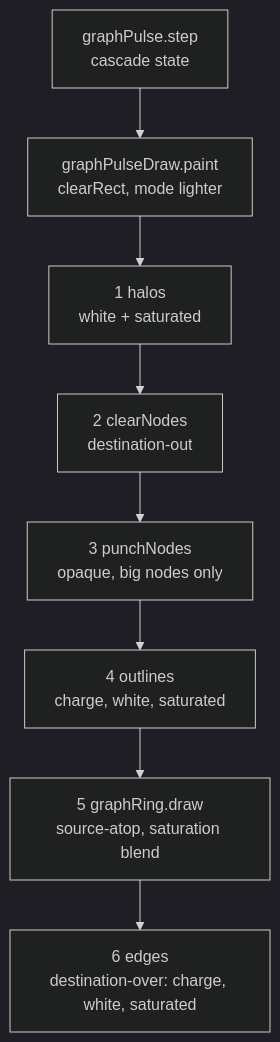
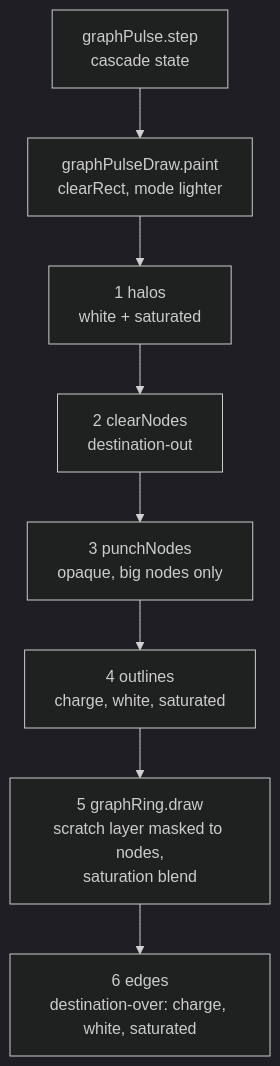
Before and after one commit to wai-lau/exec-fn: the diagram in docs/arch/11-overlay-paint.mmd, drawn with Mermaid (dark theme). The commit also changed 42 other files, not shown here.

```diff
--- a/docs/arch/11-overlay-paint.mmd
+++ b/docs/arch/11-overlay-paint.mmd
@@ -1,8 +1,8 @@
 flowchart TB
   P["graphPulse.step<br/>cascade state"] --> D["graphPulseDraw.paint<br/>clearRect, mode lighter"]
   D --> H["1 halos<br/>white + saturated"]
   H --> C["2 clearNodes<br/>destination-out"]
   C --> K["3 punchNodes<br/>opaque, big nodes only"]
   K --> O["4 outlines<br/>charge, white, saturated"]
-  O --> R["5 graphRing.draw<br/>source-atop, saturation blend"]
+  O --> R["5 graphRing.draw<br/>scratch layer masked to nodes,<br/>saturation blend"]
   R --> E["6 edges<br/>destination-over: charge, white, saturated"]
```
